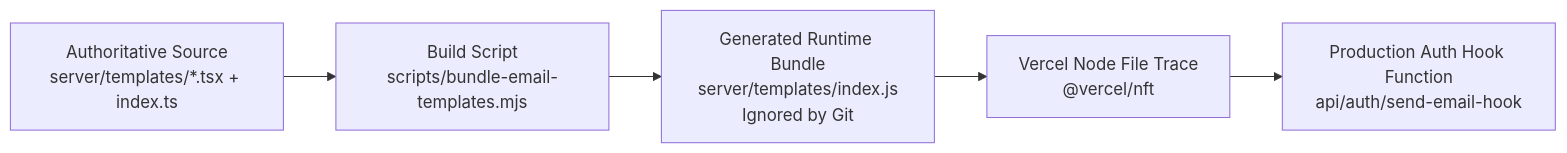
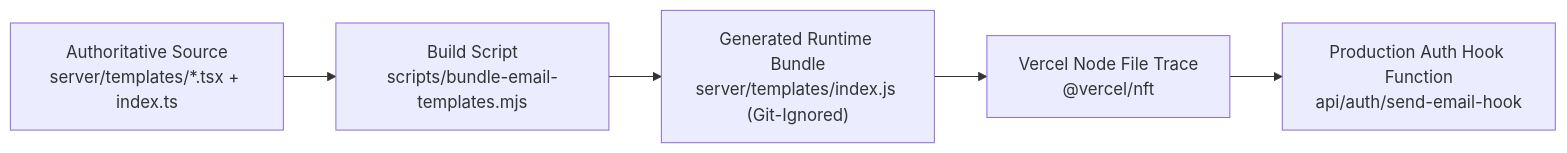
The seventh of 10 diagrams in README.md (jsphhbna/egatepass), drawn with Mermaid before and after one commit. The commit also changed other lines of this file and 12 other files, not shown here.

Commit message:
docs: fix Mermaid rendering and documentation drift

````diff
--- a/README.md
+++ b/README.md
@@ -256,13 +262,13 @@
 ```mermaid
 flowchart LR
-    Source[Authoritative Source<br/>server/templates/*.tsx + index.ts]
-    Script[Build Script<br/>scripts/bundle-email-templates.mjs]
-    Bundle[Generated Runtime Bundle<br/>server/templates/index.js<br/>Ignored by Git]
-    Trace[Vercel Node File Trace<br/>@vercel/nft]
-    Func[Production Auth Hook Function<br/>api/auth/send-email-hook]
+    Source["Authoritative Source<br>server/templates/*.tsx + index.ts"]
+    Script["Build Script<br>scripts/bundle-email-templates.mjs"]
+    Bundle["Generated Runtime Bundle<br>server/templates/index.js (Git-Ignored)"]
+    Trace["Vercel Node File Trace<br>@vercel/nft"]
+    Func["Production Auth Hook Function<br>api/auth/send-email-hook"]
 
     Source --> Script
     Script --> Bundle
     Bundle --> Trace
     Trace --> Func
 ```
````
